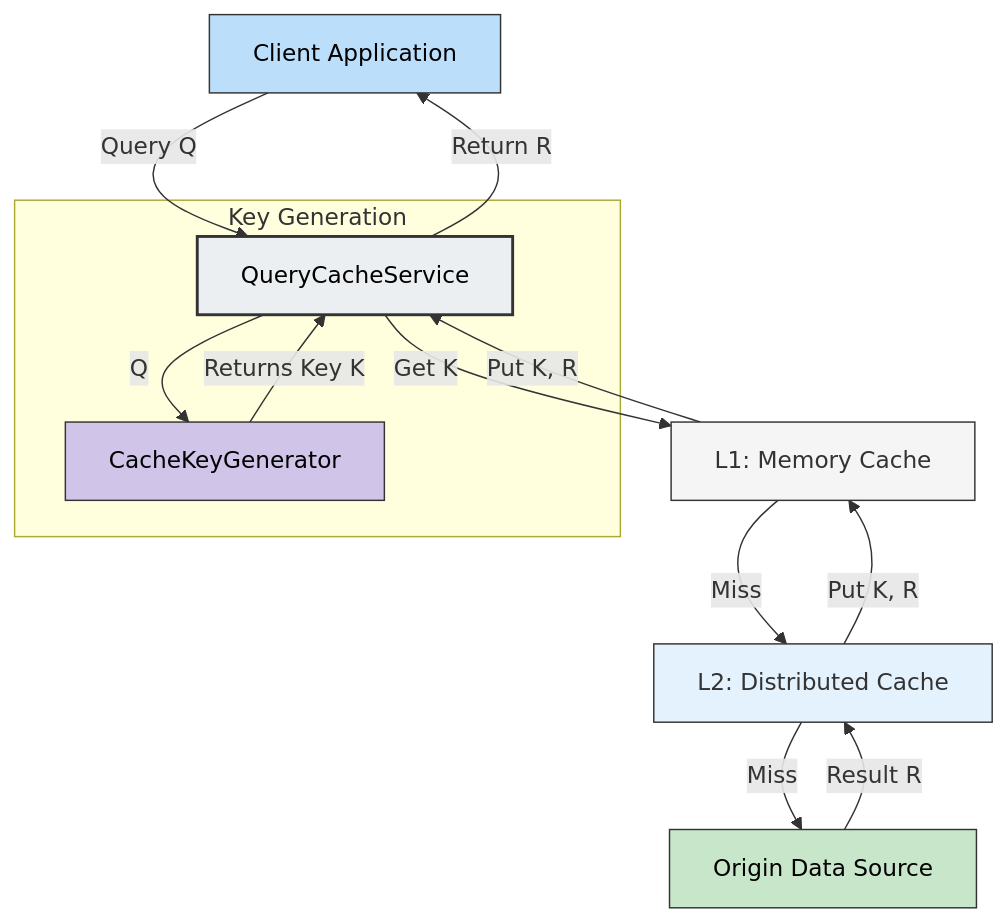
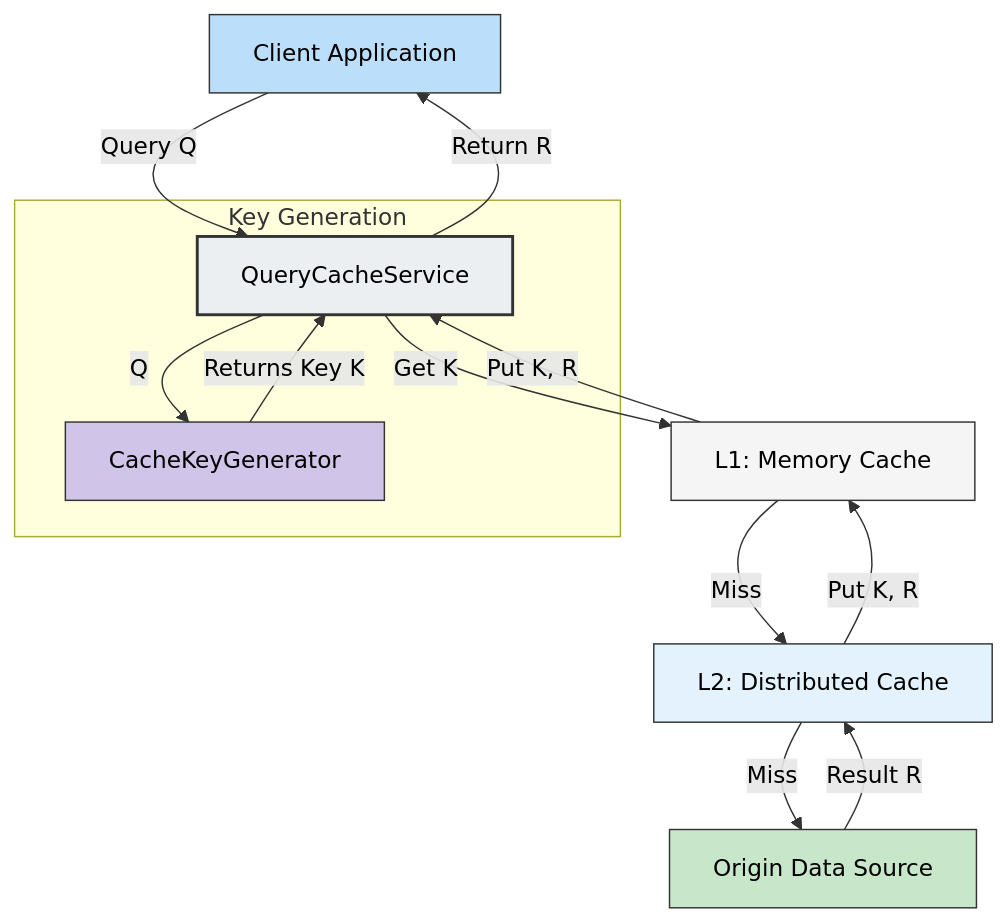
Before and after one commit to pradhyu/query-cache-service: the first of 2 diagrams in README.md, drawn with Mermaid. The commit also changed other lines of this file, not shown here.

Commit message:
Force black text layout in Mermaid diagrams

````diff
--- a/README.md
+++ b/README.md
@@ -16,25 +16,27 @@
 ```mermaid
 graph TD
     Client[Client Application] -->|Query Q| Service[QueryCacheService]
     
     subgraph "Key Generation"
         Service -->|Q| KG[CacheKeyGenerator]
         KG -->|Returns Key K| Service
     end
     
     Service -->|Get K| L1[L1: Memory Cache]
     L1 -->|Miss| L2[L2: Distributed Cache]
     L2 -->|Miss| Origin[Origin Data Source]
     
     Origin -->|Result R| L2
     L2 -->|Put K, R| L1
     L1 -->|Put K, R| Service
     Service -->|Return R| Client
     
     style Service fill:#eceff1,stroke:#333,stroke-width:2px,color:#000
     style KG fill:#d1c4e9,stroke:#333,color:#000
     style Origin fill:#c8e6c9,stroke:#333,color:#000
     style Client fill:#bbdefb,stroke:#333,color:#000
-    style L1 fill:#f5f5f5,stroke:#333
-    style L2 fill:#e3f2fd,stroke:#333
+    style L1 fill:#f5f5f5,stroke:#333,color:#000
+    style L2 fill:#e3f2fd,stroke:#333,color:#000
+    
+    linkStyle default stroke:#333,stroke-width:1px,color:#000
 ```
````
